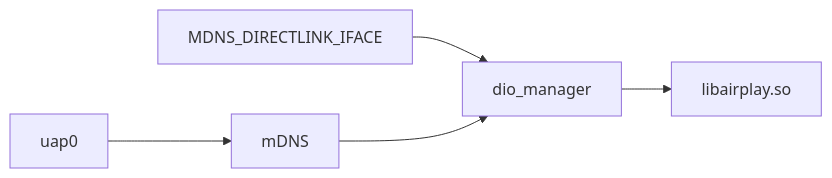
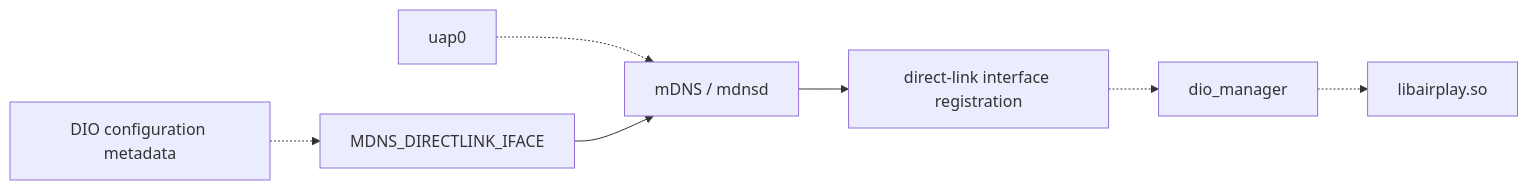
The sixth of 8 diagrams in docs/wifi.md (joeyQuery/MHI2-Wireless-CarPlay), drawn with Mermaid before and after one commit. The commit also changed other lines of this file, not shown here.

Commit message:
docs: correct mDNS environment propagation diagram

```diff
--- a/docs/wifi.md
+++ b/docs/wifi.md
@@ -218,13 +218,17 @@
 ~~~mermaid
 flowchart LR
     UAP["uap0"]
-    MDNS["mDNS"]
+    MDNS["mDNS / mdnsd"]
+    CONFIG["DIO configuration metadata"]
     ENV["MDNS_DIRECTLINK_IFACE"]
+    REGISTER["direct-link interface registration"]
     DIO["dio_manager"]
     AIRPLAY["libairplay.so"]
 
-    UAP --> MDNS
-    ENV --> DIO
-    MDNS --> DIO
-    DIO --> AIRPLAY
+    UAP -.-> MDNS
+    CONFIG -.-> ENV
+    ENV --> MDNS
+    MDNS --> REGISTER
+    REGISTER -.-> DIO
+    DIO -.-> AIRPLAY
 ~~~
```
